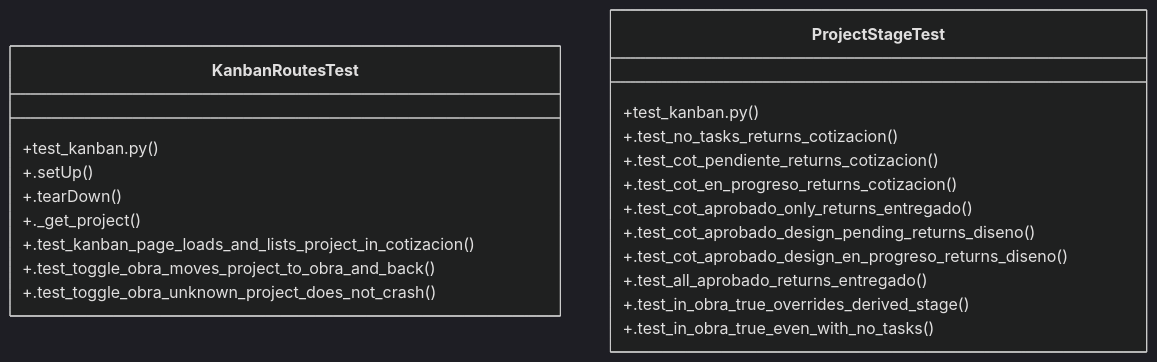
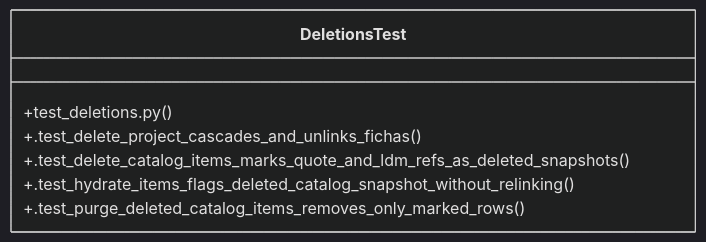
One commit to Daftrick/ProjectTracker changed the diagram in graphify-out/wiki/Community_23.md. Above: the diagram before and after it, drawn with Mermaid (dark theme). The commit also changed other lines of this file and 544 other files, not shown here.

````diff
--- a/graphify-out/wiki/Community_23.md
+++ b/graphify-out/wiki/Community_23.md
@@ -32,24 +27,10 @@
 ```mermaid
 classDiagram
-    class KanbanRoutesTest {
-        +test_kanban.py()
-        +.setUp()
-        +.tearDown()
-        +._get_project()
-        +.test_kanban_page_loads_and_lists_project_in_cotizacion()
-        +.test_toggle_obra_moves_project_to_obra_and_back()
-        +.test_toggle_obra_unknown_project_does_not_crash()
-    }
-    class ProjectStageTest {
-        +test_kanban.py()
-        +.test_no_tasks_returns_cotizacion()
-        +.test_cot_pendiente_returns_cotizacion()
-        +.test_cot_en_progreso_returns_cotizacion()
-        +.test_cot_aprobado_only_returns_entregado()
-        +.test_cot_aprobado_design_pending_returns_diseno()
-        +.test_cot_aprobado_design_en_progreso_returns_diseno()
-        +.test_all_aprobado_returns_entregado()
-        +.test_in_obra_true_overrides_derived_stage()
-        +.test_in_obra_true_even_with_no_tasks()
+    class DeletionsTest {
+        +test_deletions.py()
+        +.test_delete_project_cascades_and_unlinks_fichas()
+        +.test_delete_catalog_items_marks_quote_and_ldm_refs_as_deleted_snapshots()
+        +.test_hydrate_items_flags_deleted_catalog_snapshot_without_relinking()
+        +.test_purge_deleted_catalog_items_removes_only_marked_rows()
     }
 ```
````
